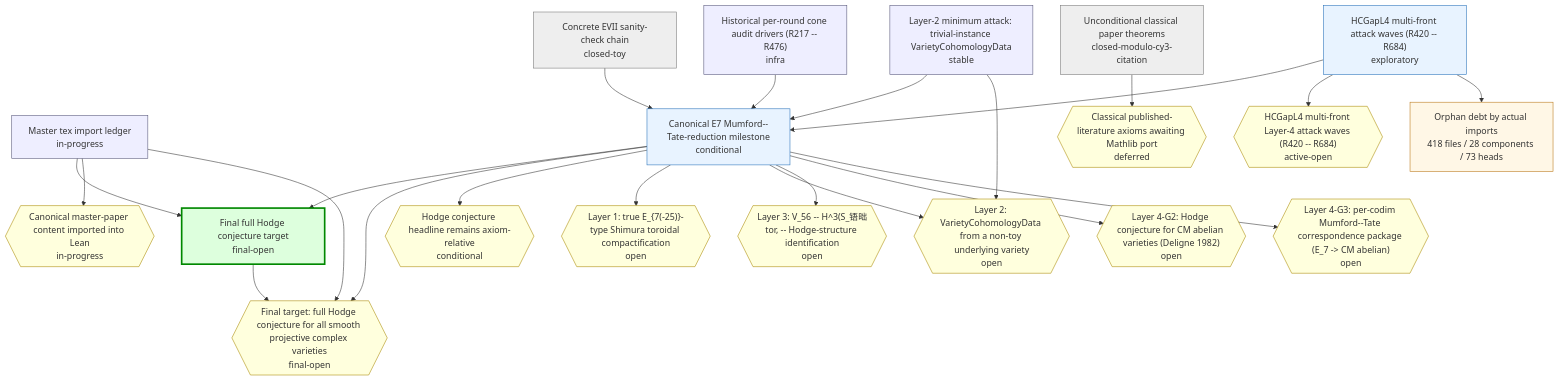
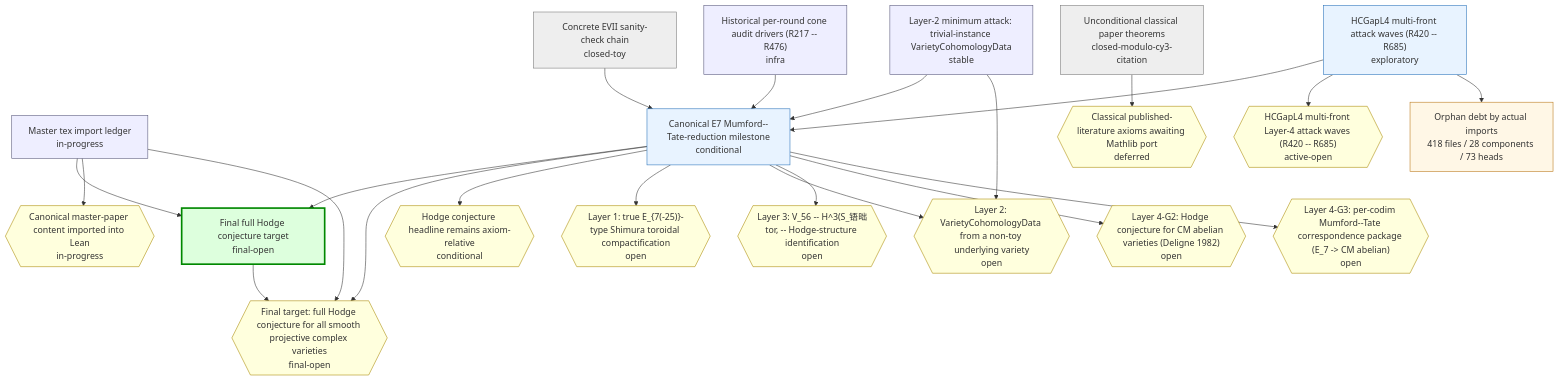
Before and after one commit to crabsatellite/hodge-conjecture-lean4-formalization: the first of 2 diagrams in chain-status/research-map.md, drawn with Mermaid. The commit also changed other lines of this file and 8 other files, not shown here.

````diff
--- a/chain-status/research-map.md
+++ b/chain-status/research-map.md
@@ -46,54 +46,54 @@
 ```mermaid
 graph TD
   classDef main fill:#dfd,stroke:#080,stroke-width:3px
   classDef active fill:#e8f3ff,stroke:#2670b8
   classDef support fill:#eef,stroke:#557
   classDef closed fill:#eee,stroke:#777
   classDef dead fill:#fdd,stroke:#a00,stroke-width:2px
   classDef gapOpen fill:#ffd,stroke:#a80
   classDef gapClosed fill:#eee,stroke:#777
   classDef gapDead fill:#fdd,stroke:#a00
   classDef debt fill:#fff7e6,stroke:#b87514
   classDef debtTaxonomy fill:#e8f3ff,stroke:#2670b8,stroke-dasharray:3 3
   classDef debtRule fill:#eefbea,stroke:#398439,stroke-dasharray:3 3
   classDef debtDead fill:#fdd,stroke:#a00,stroke-dasharray:3 3
   chain_full_hc_final_target["Final full Hodge conjecture target\nfinal-open"]:::main
   chain_master_paper_import_ledger["Master tex import ledger\nin-progress"]:::support
   chain_main_hc_axiom_relative["Canonical E7 Mumford--Tate-reduction milestone\nconditional"]:::active
   chain_unconditional_classical["Unconditional classical paper theorems\nclosed-modulo-cy3-citation"]:::closed
   chain_hcgap_l2_trivial_instances["Layer-2 minimum attack: trivial-instance VarietyCohomologyData\nstable"]:::support
-  chain_hcgap_l4_multifront_active["HCGapL4 multi-front attack waves (R420 -- R684)\nexploratory"]:::active
+  chain_hcgap_l4_multifront_active["HCGapL4 multi-front attack waves (R420 -- R685)\nexploratory"]:::active
   chain_concrete_evii_toy["Concrete EVII sanity-check chain\nclosed-toy"]:::closed
   chain_historical_cone_audits["Historical per-round cone audit drivers (R217 -- R476)\ninfra"]:::support
   gap_G_full_hc{{"Final target: full Hodge conjecture for all smooth projective complex varieties\nfinal-open"}}:::gapOpen
   gap_G_master_paper_import{{"Canonical master-paper content imported into Lean\nin-progress"}}:::gapOpen
   gap_G_main_hc{{"Hodge conjecture headline remains axiom-relative\nconditional"}}:::gapOpen
   gap_G_l1_e7_shimura_tor{{"Layer 1: true E_{7(-25)}-type Shimura toroidal compactification\nopen"}}:::gapOpen
   gap_G_l2_cohomology_construction{{"Layer 2: VarietyCohomologyData from a non-toy underlying variety\nopen"}}:::gapOpen
   gap_G_l3_v56_mt_identification{{"Layer 3: V_56 -- H^3(S_铻昢tor, -- Hodge-structure identification\nopen"}}:::gapOpen
   gap_G_l4_cm_abelian_hc{{"Layer 4-G2: Hodge conjecture for CM abelian varieties (Deligne 1982)\nopen"}}:::gapOpen
   gap_G_l4_mt_correspondence{{"Layer 4-G3: per-codim Mumford--Tate correspondence package (E_7 -> CM abelian)\nopen"}}:::gapOpen
   gap_G_classical_mathlib_port{{"Classical published-literature axioms awaiting Mathlib port\ndeferred"}}:::gapOpen
-  gap_G_hcgap_l4_multifront{{"HCGapL4 multi-front Layer-4 attack waves (R420 -- R684)\nactive-open"}}:::gapOpen
+  gap_G_hcgap_l4_multifront{{"HCGapL4 multi-front Layer-4 attack waves (R420 -- R685)\nactive-open"}}:::gapOpen
   chain_full_hc_final_target --> gap_G_full_hc
   chain_master_paper_import_ledger --> chain_full_hc_final_target
   chain_master_paper_import_ledger --> gap_G_master_paper_import
   chain_master_paper_import_ledger --> gap_G_full_hc
   chain_main_hc_axiom_relative --> chain_full_hc_final_target
   chain_main_hc_axiom_relative --> gap_G_full_hc
   chain_main_hc_axiom_relative --> gap_G_main_hc
   chain_main_hc_axiom_relative --> gap_G_l1_e7_shimura_tor
   chain_main_hc_axiom_relative --> gap_G_l2_cohomology_construction
   chain_main_hc_axiom_relative --> gap_G_l3_v56_mt_identification
   chain_main_hc_axiom_relative --> gap_G_l4_cm_abelian_hc
   chain_main_hc_axiom_relative --> gap_G_l4_mt_correspondence
   chain_unconditional_classical --> gap_G_classical_mathlib_port
   chain_hcgap_l2_trivial_instances --> chain_main_hc_axiom_relative
   chain_hcgap_l2_trivial_instances --> gap_G_l2_cohomology_construction
   chain_hcgap_l4_multifront_active --> chain_main_hc_axiom_relative
   chain_hcgap_l4_multifront_active --> gap_G_hcgap_l4_multifront
   chain_concrete_evii_toy --> chain_main_hc_axiom_relative
   chain_historical_cone_audits --> chain_main_hc_axiom_relative
   debt_all["Orphan debt by actual imports\n418 files / 28 components / 73 heads"]:::debt
   chain_hcgap_l4_multifront_active --> debt_all
 ```
````
